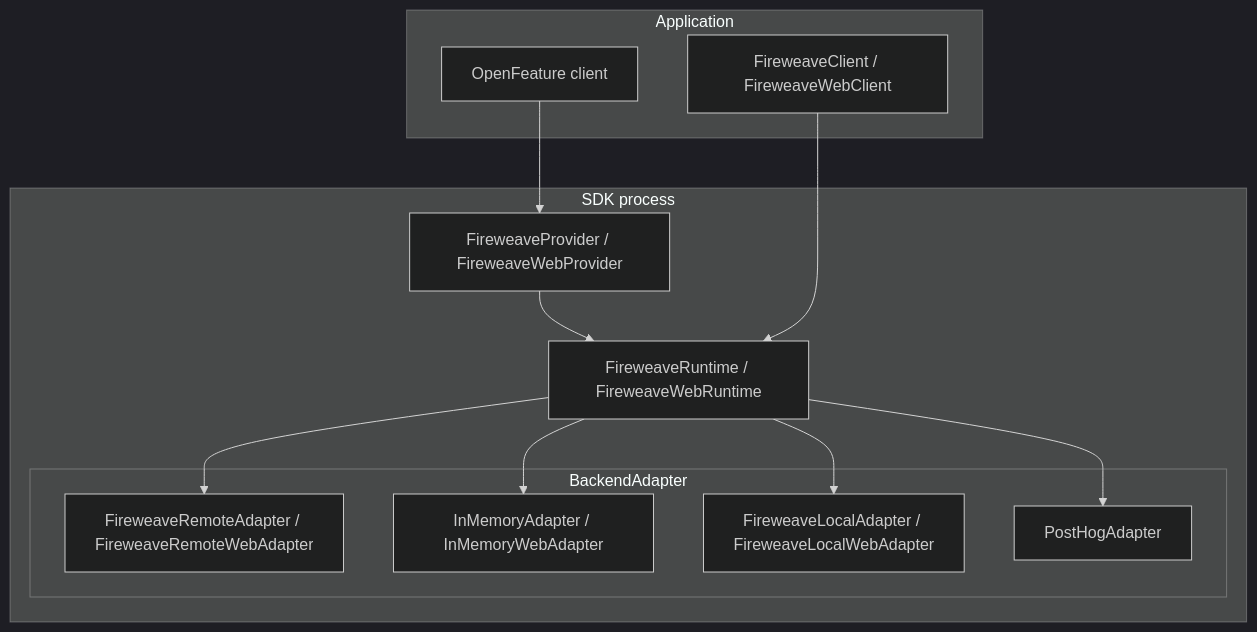
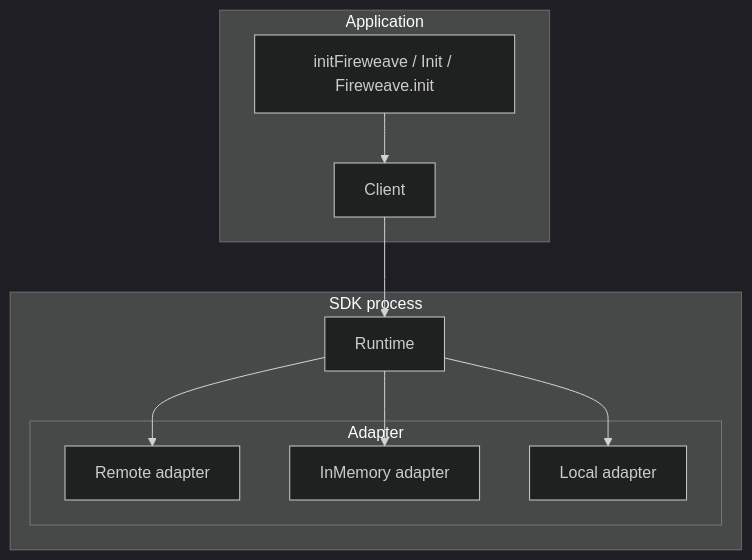
The first of 2 diagrams in introduction/architecture.mdx (FireWeave-HQ/docs.fireweave.ai), drawn with Mermaid (dark theme) before and after one commit. The commit also changed other lines of this file and 40 other files, not shown here.

````diff
--- a/introduction/architecture.mdx
+++ b/introduction/architecture.mdx
@@ -8,24 +8,20 @@
 ```mermaid
 flowchart TB
   subgraph app [Application]
-    OFC[OpenFeature client]
-    FWC["FireweaveClient / FireweaveWebClient"]
+    Init["initFireweave / Init / Fireweave.init"]
+    FWC[Client]
   end
   subgraph sdk [SDK process]
-    OFP["FireweaveProvider / FireweaveWebProvider"]
-    RT["FireweaveRuntime / FireweaveWebRuntime"]
-    subgraph adapters [BackendAdapter]
-      Remote["FireweaveRemoteAdapter / FireweaveRemoteWebAdapter"]
-      Mem["InMemoryAdapter / InMemoryWebAdapter"]
-      Local["FireweaveLocalAdapter / FireweaveLocalWebAdapter"]
-      PH[PostHogAdapter]
+    RT[Runtime]
+    subgraph adapters [Adapter]
+      Remote[Remote adapter]
+      Mem[InMemory adapter]
+      Local[Local adapter]
     end
   end
-  OFC --> OFP
-  OFP --> RT
+  Init --> FWC
   FWC --> RT
   RT --> Remote
   RT --> Mem
   RT --> Local
-  RT --> PH
 ```
````
